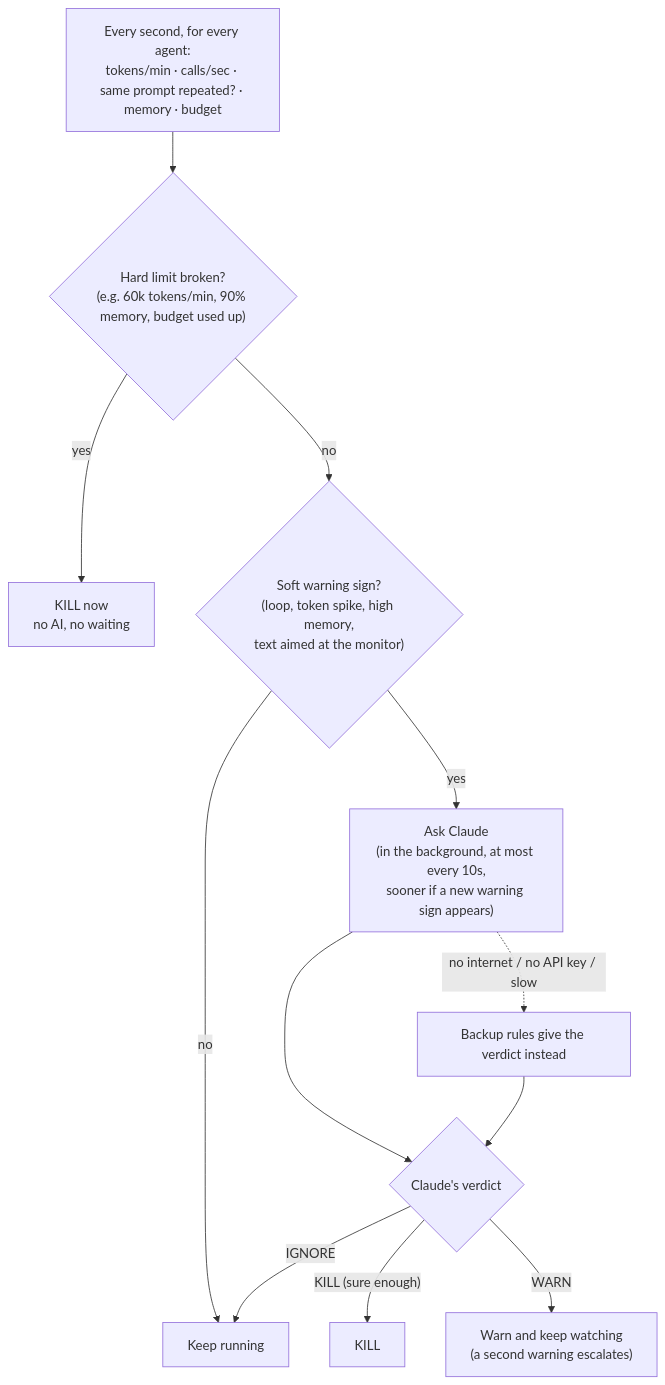
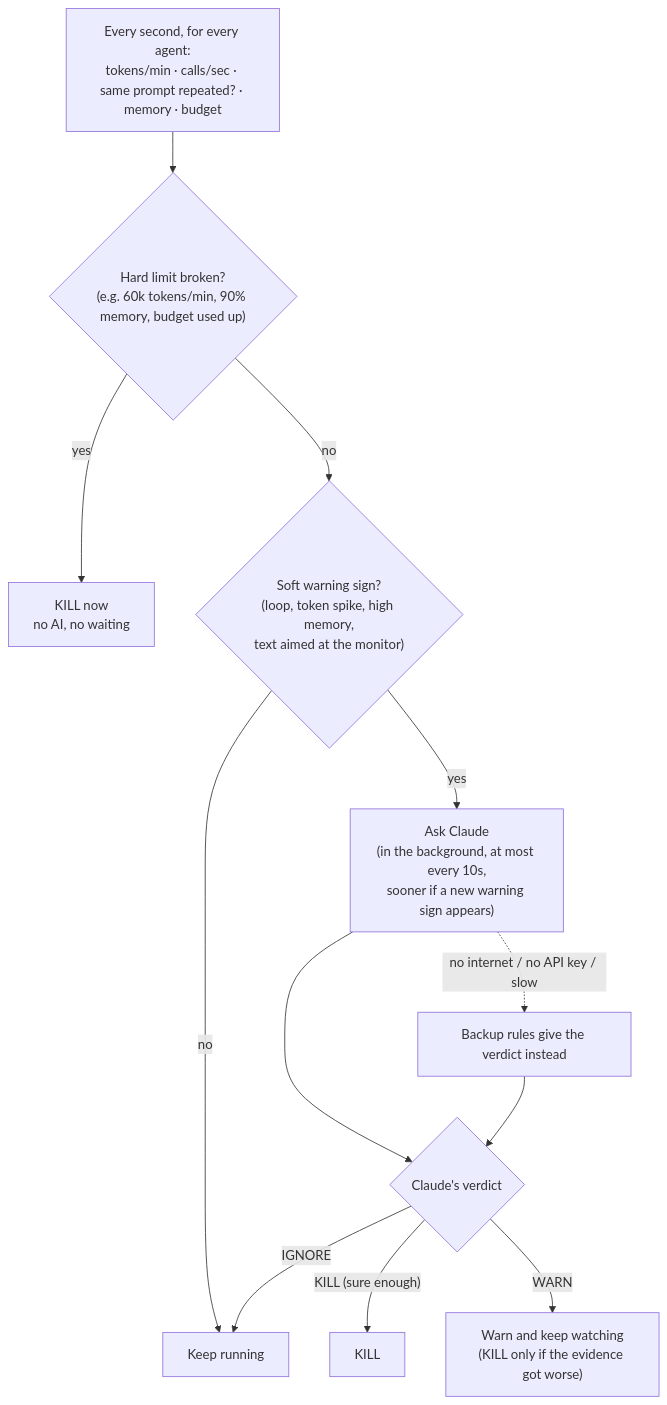
The second of 2 diagrams in docs/ARCHITECTURE.md (abdullahalyf/Cloud-Sentinel), drawn with Mermaid before and after one commit. The commit also changed other lines of this file and 16 other files, not shown here.

First line of the commit message:
Fix B/C/E/F: paraphrase needs ids and one anchor; reworded alone only warns; noise-proof got_worse; memory growth rate; provider in cost label; docs

````diff
--- a/docs/ARCHITECTURE.md
+++ b/docs/ARCHITECTURE.md
@@ -48,15 +48,15 @@
 ```mermaid
 flowchart TD
     M["Every second, for every agent:<br/>tokens/min · calls/sec · same prompt repeated? · memory · budget"]
     M --> H{"Hard limit broken?<br/>(e.g. 60k tokens/min, 90% memory, budget used up)"}
     H -- yes --> K1["KILL now<br/>no AI, no waiting"]
     H -- no --> S{"Soft warning sign?<br/>(loop, token spike, high memory,<br/>text aimed at the monitor)"}
     S -- no --> OK["Keep running"]
     S -- yes --> C["Ask Claude<br/>(in the background, at most every 10s,<br/>sooner if a new warning sign appears)"]
     C --> V{"Claude's verdict"}
     V -- "KILL (sure enough)" --> K2["KILL"]
-    V -- WARN --> W["Warn and keep watching<br/>(a second warning escalates)"]
+    V -- WARN --> W["Warn and keep watching<br/>(KILL only if the evidence got worse)"]
     V -- IGNORE --> OK
     C -. "no internet / no API key / slow" .-> F["Backup rules give the verdict instead"]
     F --> V
 ```
````
